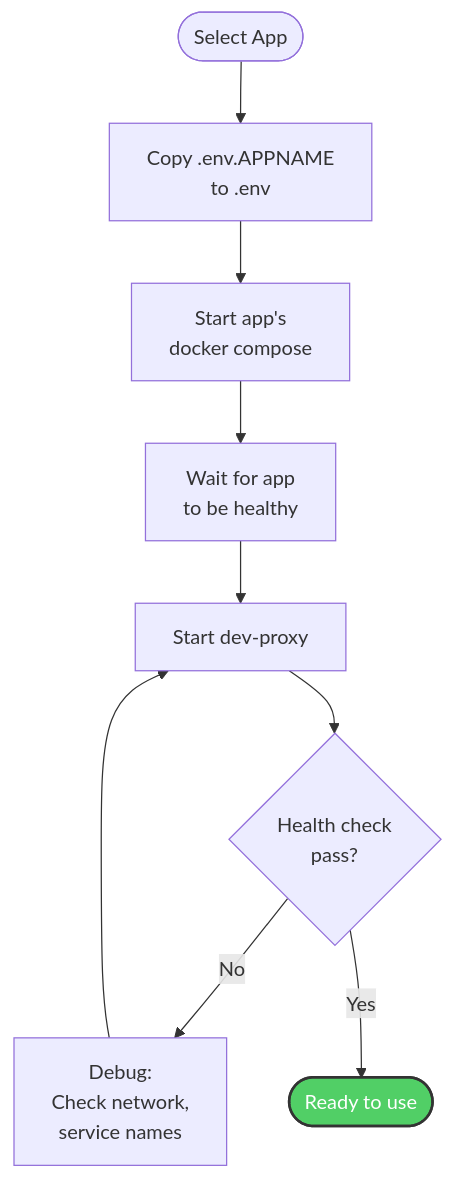
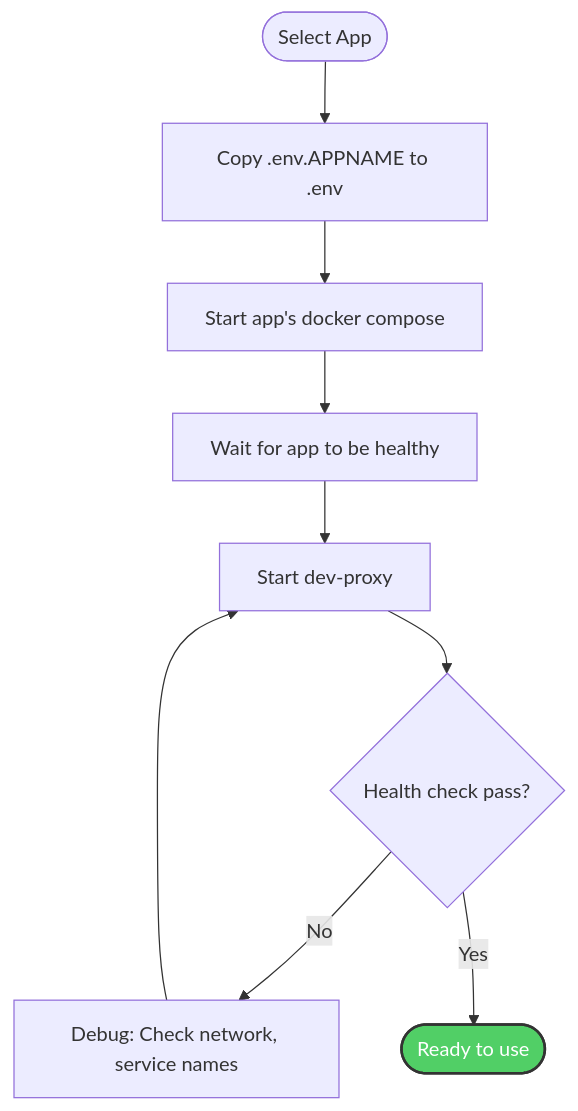
One commit to softwarewrighter/dev-proxy changed the fourth of 4 diagrams in wiki/Configuration.md. Above: the diagram before and after it, drawn with Mermaid. The commit also changed other lines of this file and 6 other files, not shown here.

First line of the commit message:
Fix wiki Mermaid diagrams: remove <br/> tags

````diff
--- a/wiki/Configuration.md
+++ b/wiki/Configuration.md
@@ -453,14 +453,14 @@
 ```mermaid
 graph TD
-    Start([Select App]) --> Copy[Copy .env.APPNAME<br/>to .env]
-    Copy --> Start1[Start app's<br/>docker compose]
-    Start1 --> Wait[Wait for app<br/>to be healthy]
+    Start([Select App]) --> Copy[Copy .env.APPNAME to .env]
+    Copy --> Start1[Start app's docker compose]
+    Start1 --> Wait[Wait for app to be healthy]
     Wait --> StartProxy[Start dev-proxy]
-    StartProxy --> Check{Health check<br/>pass?}
-    Check -->|No| Debug[Debug:<br/>Check network,<br/>service names]
+    StartProxy --> Check{Health check pass?}
+    Check -->|No| Debug[Debug: Check network, service names]
     Check -->|Yes| Ready([Ready to use])
 
     Debug --> StartProxy
 
     style Ready fill:#51cf66,stroke:#333,stroke-width:2px,color:#fff
 ```
````
